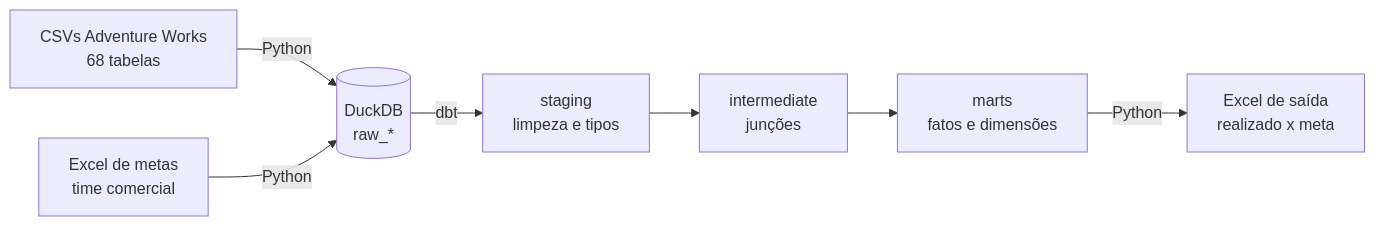
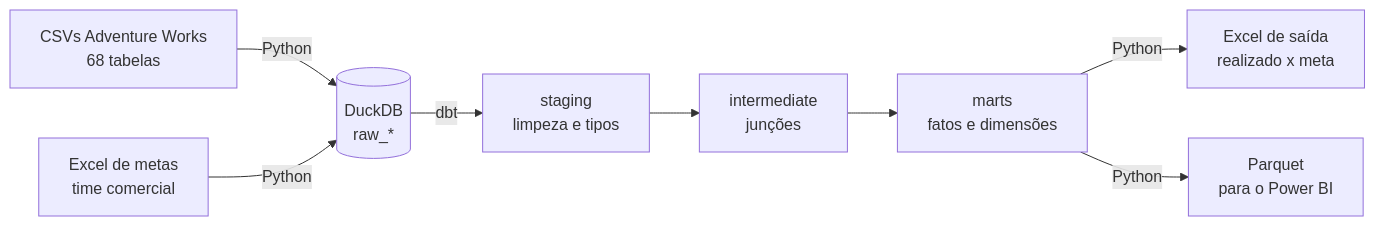
The diagram in README.md (Caio-Henrique-Souza/adventureworks-dbt), drawn with Mermaid before and after one commit. The commit also changed other lines of this file and 2 other files, not shown here.

First line of the commit message:
feat(export): exportação dos marts em Parquet para o Power BI

````diff
--- a/README.md
+++ b/README.md
@@ -5,9 +5,10 @@
 ```mermaid
 flowchart LR
     A[CSVs Adventure Works<br/>68 tabelas] -->|Python| R[(DuckDB<br/>raw_*)]
     X[Excel de metas<br/>time comercial] -->|Python| R
     R -->|dbt| S[staging<br/>limpeza e tipos]
     S --> I[intermediate<br/>junções]
     I --> M[marts<br/>fatos e dimensões]
     M -->|Python| O[Excel de saída<br/>realizado x meta]
+    M -->|Python| P[Parquet<br/>para o Power BI]
 ```
````
